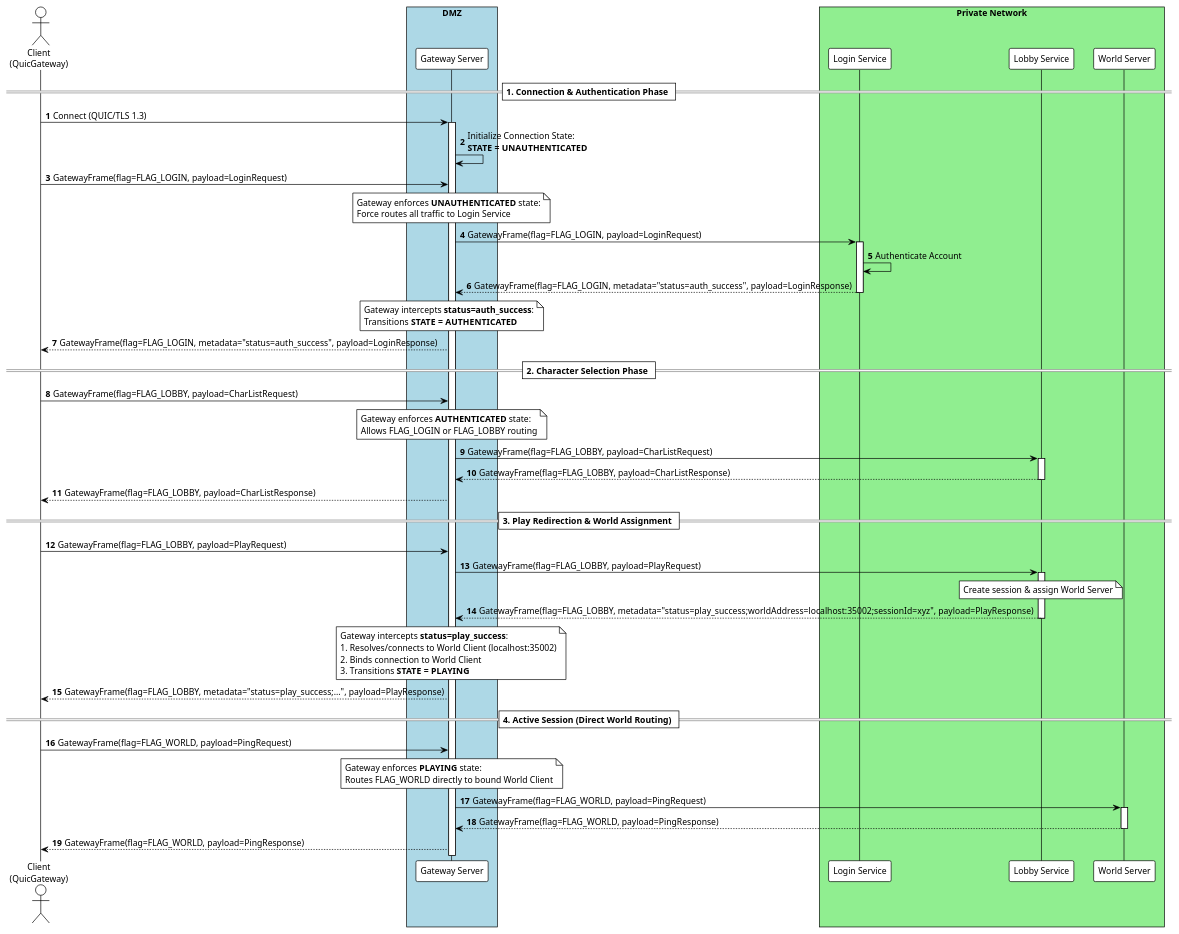
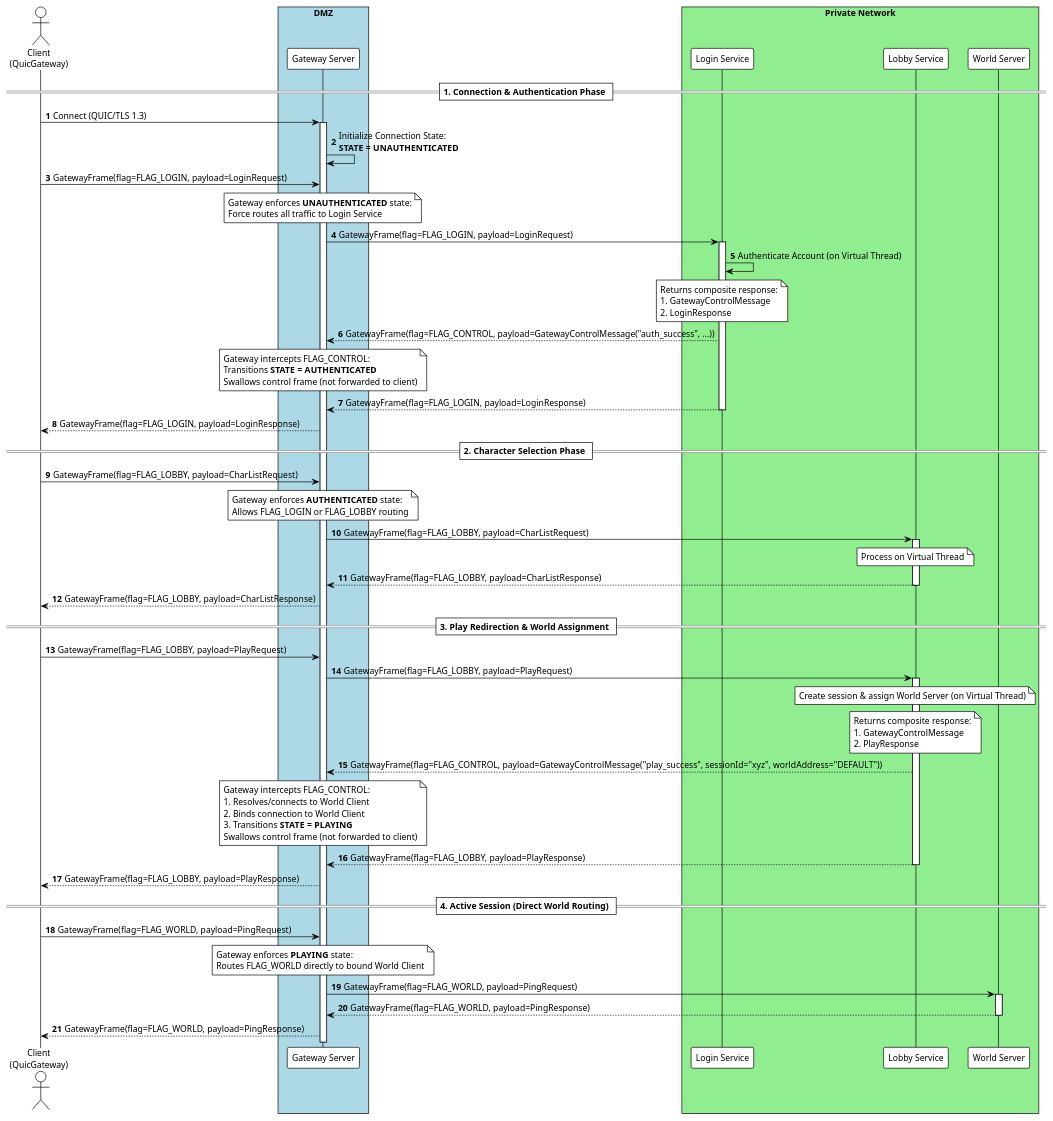
Before and after one commit to TheStackTraceWhisperer/catalyst: the diagram in gateway_sequence.puml, drawn with PlantUML.

Commit message:
docs: update gateway_sequence.puml diagram to match the control frame swallowing model

```diff
--- a/gateway_sequence.puml
+++ b/gateway_sequence.puml
@@ -1,63 +1,70 @@
 @startuml gateway_sequence
 !theme plain
 autonumber
 skinparam BoxPadding 10
 skinparam ParticipantPadding 10
 skinparam defaultFontSize 13
 
 actor "Client\n(QuicGateway)" as C
 box "DMZ" #LightBlue
   participant "Gateway Server" as GW
 end box
 box "Private Network" #LightGreen
   participant "Login Service" as LS
   participant "Lobby Service" as LBS
   participant "World Server" as WS
 end box
 
 == 1. Connection & Authentication Phase ==
 C -> GW: Connect (QUIC/TLS 1.3)
 activate GW
 GW -> GW: Initialize Connection State:\n**STATE = UNAUTHENTICATED**
 
 C -> GW: GatewayFrame(flag=FLAG_LOGIN, payload=LoginRequest)
 note over GW: Gateway enforces **UNAUTHENTICATED** state:\nForce routes all traffic to Login Service
 GW -> LS: GatewayFrame(flag=FLAG_LOGIN, payload=LoginRequest)
 activate LS
-LS -> LS: Authenticate Account
-LS --> GW: GatewayFrame(flag=FLAG_LOGIN, metadata="status=auth_success", payload=LoginResponse)
+LS -> LS: Authenticate Account (on Virtual Thread)
+
+note over LS: Returns composite response:\n1. GatewayControlMessage\n2. LoginResponse
+LS --> GW: GatewayFrame(flag=FLAG_CONTROL, payload=GatewayControlMessage("auth_success", ...))
+note over GW: Gateway intercepts FLAG_CONTROL:\nTransitions **STATE = AUTHENTICATED**\nSwallows control frame (not forwarded to client)
+
+LS --> GW: GatewayFrame(flag=FLAG_LOGIN, payload=LoginResponse)
 deactivate LS
-
-note over GW: Gateway intercepts **status=auth_success**:\nTransitions **STATE = AUTHENTICATED**
-GW --> C: GatewayFrame(flag=FLAG_LOGIN, metadata="status=auth_success", payload=LoginResponse)
+GW --> C: GatewayFrame(flag=FLAG_LOGIN, payload=LoginResponse)
 
 == 2. Character Selection Phase ==
 C -> GW: GatewayFrame(flag=FLAG_LOBBY, payload=CharListRequest)
 note over GW: Gateway enforces **AUTHENTICATED** state:\nAllows FLAG_LOGIN or FLAG_LOBBY routing
 GW -> LBS: GatewayFrame(flag=FLAG_LOBBY, payload=CharListRequest)
 activate LBS
+note over LBS: Process on Virtual Thread
 LBS --> GW: GatewayFrame(flag=FLAG_LOBBY, payload=CharListResponse)
 deactivate LBS
 GW --> C: GatewayFrame(flag=FLAG_LOBBY, payload=CharListResponse)
 
 == 3. Play Redirection & World Assignment ==
 C -> GW: GatewayFrame(flag=FLAG_LOBBY, payload=PlayRequest)
 GW -> LBS: GatewayFrame(flag=FLAG_LOBBY, payload=PlayRequest)
 activate LBS
-note over LBS: Create session & assign World Server
-LBS --> GW: GatewayFrame(flag=FLAG_LOBBY, metadata="status=play_success;worldAddress=localhost:35002;sessionId=xyz", payload=PlayResponse)
+note over LBS: Create session & assign World Server (on Virtual Thread)
+note over LBS: Returns composite response:\n1. GatewayControlMessage\n2. PlayResponse
+
+LBS --> GW: GatewayFrame(flag=FLAG_CONTROL, payload=GatewayControlMessage("play_success", sessionId="xyz", worldAddress="DEFAULT"))
+note over GW: Gateway intercepts FLAG_CONTROL:\n1. Resolves/connects to World Client\n2. Binds connection to World Client\n3. Transitions **STATE = PLAYING**\nSwallows control frame (not forwarded to client)
+
+LBS --> GW: GatewayFrame(flag=FLAG_LOBBY, payload=PlayResponse)
 deactivate LBS
-
-note over GW: Gateway intercepts **status=play_success**:\n1. Resolves/connects to World Client (localhost:35002)\n2. Binds connection to World Client\n3. Transitions **STATE = PLAYING**
-GW --> C: GatewayFrame(flag=FLAG_LOBBY, metadata="status=play_success;...", payload=PlayResponse)
+GW --> C: GatewayFrame(flag=FLAG_LOBBY, payload=PlayResponse)
 
 == 4. Active Session (Direct World Routing) ==
 C -> GW: GatewayFrame(flag=FLAG_WORLD, payload=PingRequest)
 note over GW: Gateway enforces **PLAYING** state:\nRoutes FLAG_WORLD directly to bound World Client
 GW -> WS: GatewayFrame(flag=FLAG_WORLD, payload=PingRequest)
 activate WS
 WS --> GW: GatewayFrame(flag=FLAG_WORLD, payload=PingResponse)
 deactivate WS
 GW --> C: GatewayFrame(flag=FLAG_WORLD, payload=PingResponse)
 
 @enduml
```
